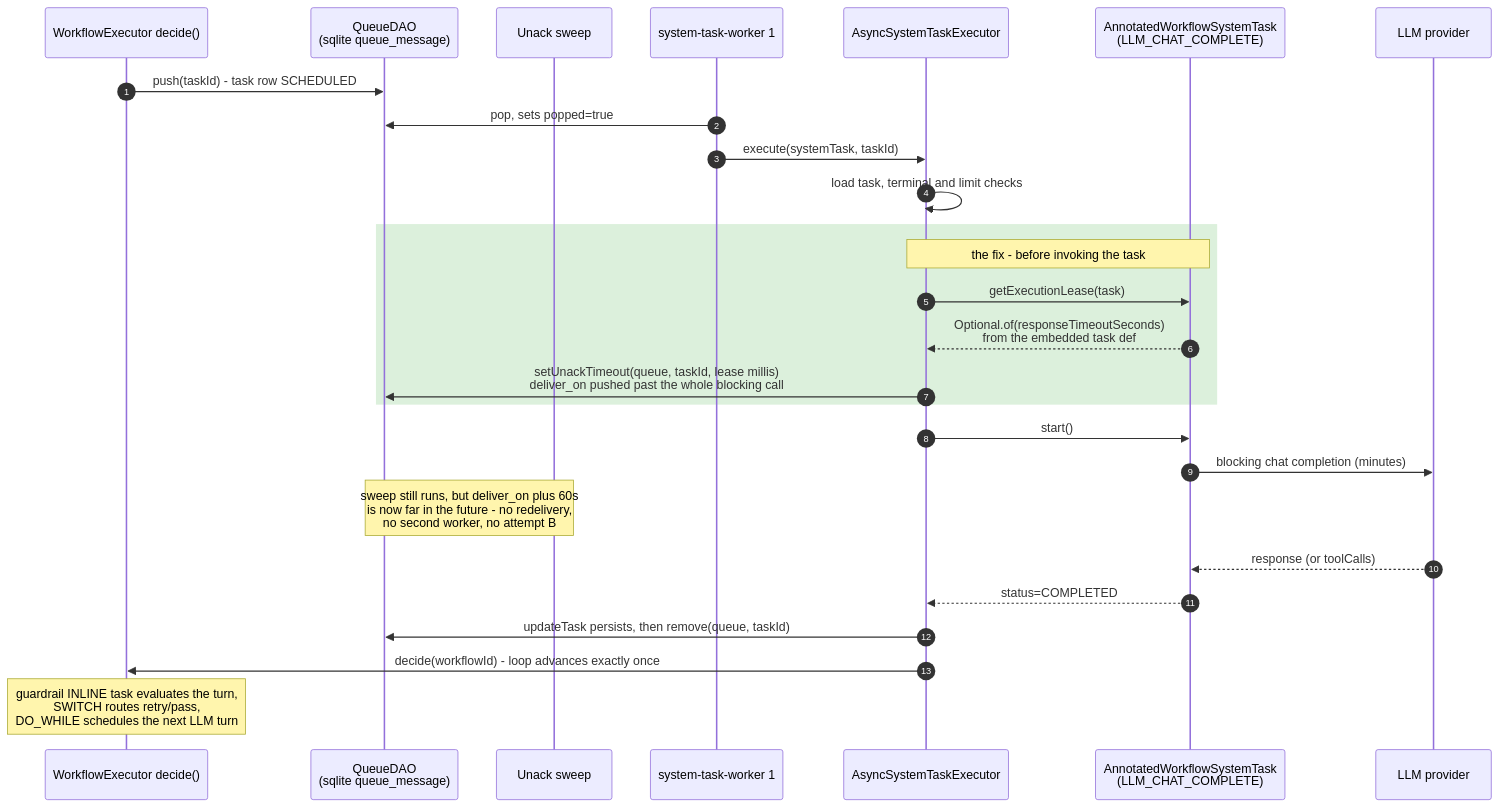
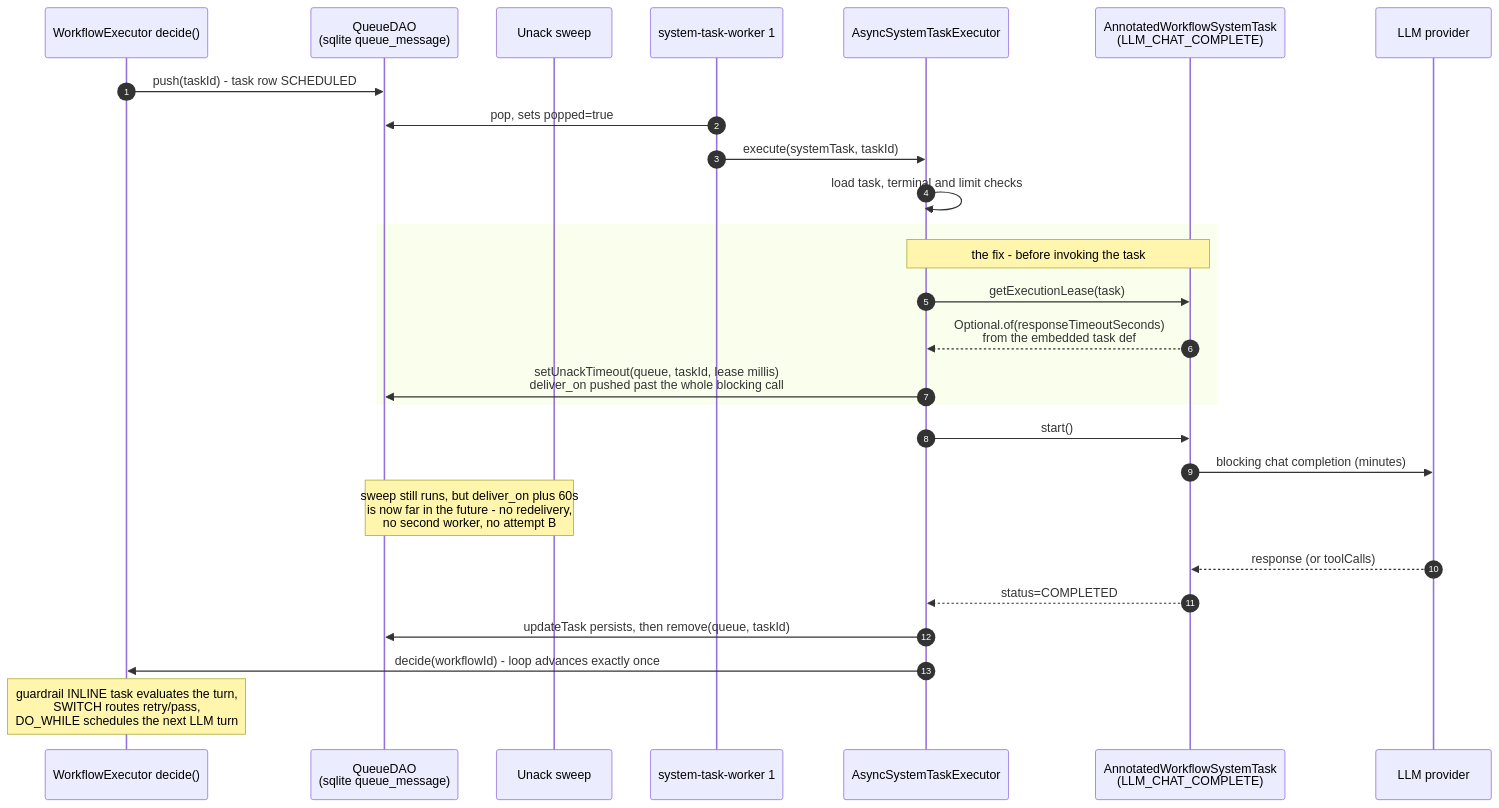
The second of 2 diagrams in docs/design/2026-07-17-agentspan-chat-turn-sequence.md (conductor-oss/conductor), drawn with Mermaid before and after one commit.

Commit message:
Push up design

````diff
--- a/docs/design/2026-07-17-agentspan-chat-turn-sequence.md
+++ b/docs/design/2026-07-17-agentspan-chat-turn-sequence.md
@@ -75,34 +75,34 @@
 ```mermaid
 sequenceDiagram
     autonumber
     participant DEC as WorkflowExecutor decide()
     participant Q as QueueDAO<br/>(sqlite queue_message)
     participant SWP as Unack sweep
     participant SW as system-task-worker 1
     participant EX as AsyncSystemTaskExecutor
     participant AT as AnnotatedWorkflowSystemTask<br/>(LLM_CHAT_COMPLETE)
     participant LLM as LLM provider
 
     DEC->>Q: push(taskId) - task row SCHEDULED
     SW->>Q: pop, sets popped=true
     SW->>EX: execute(systemTask, taskId)
     EX->>EX: load task, terminal and limit checks
 
-    rect rgb(220, 240, 220)
+    rect
         Note over EX,AT: the fix - before invoking the task
         EX->>AT: getExecutionLease(task)
         AT-->>EX: Optional.of(responseTimeoutSeconds)<br/>from the embedded task def
         EX->>Q: setUnackTimeout(queue, taskId, lease millis)<br/>deliver_on pushed past the whole blocking call
     end
 
     EX->>AT: start()
     AT->>LLM: blocking chat completion (minutes)
 
     Note over SWP,Q: sweep still runs, but deliver_on plus 60s<br/>is now far in the future - no redelivery,<br/>no second worker, no attempt B
 
     LLM-->>AT: response (or toolCalls)
     AT-->>EX: status=COMPLETED
     EX->>Q: updateTask persists, then remove(queue, taskId)
     EX->>DEC: decide(workflowId) - loop advances exactly once
     Note over DEC: guardrail INLINE task evaluates the turn,<br/>SWITCH routes retry/pass,<br/>DO_WHILE schedules the next LLM turn
 ```
````
